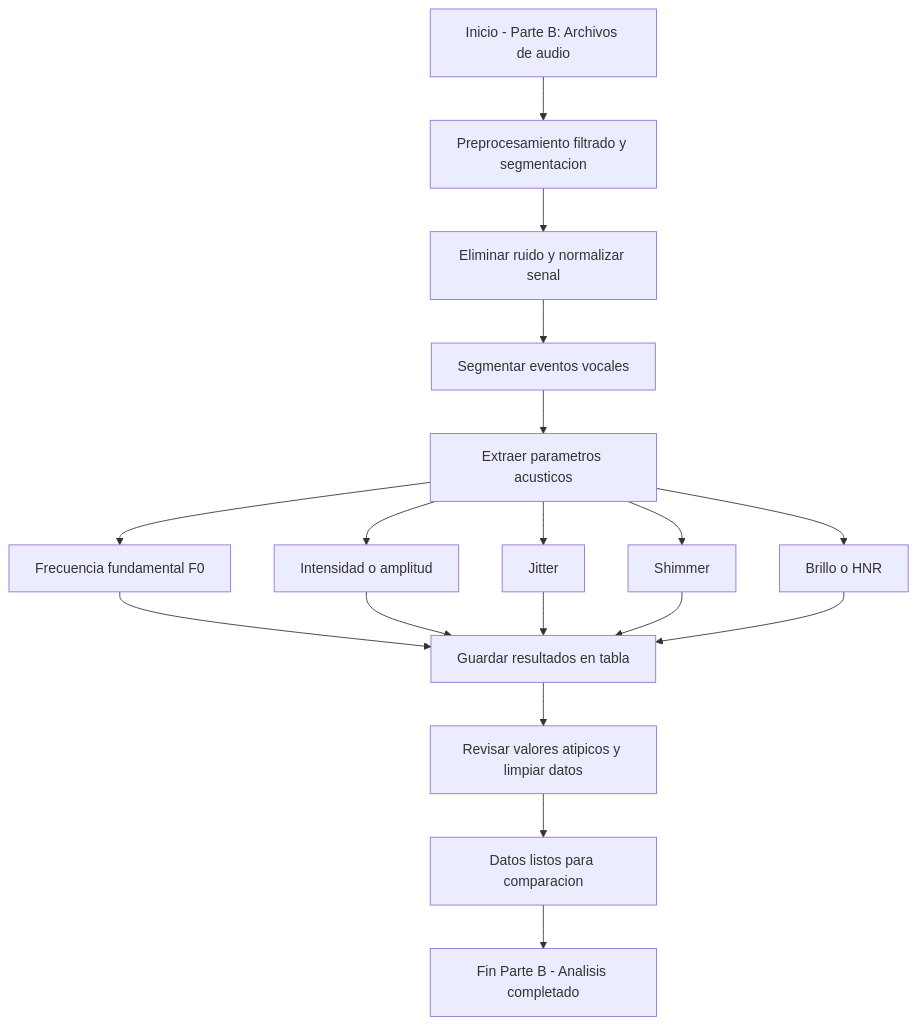
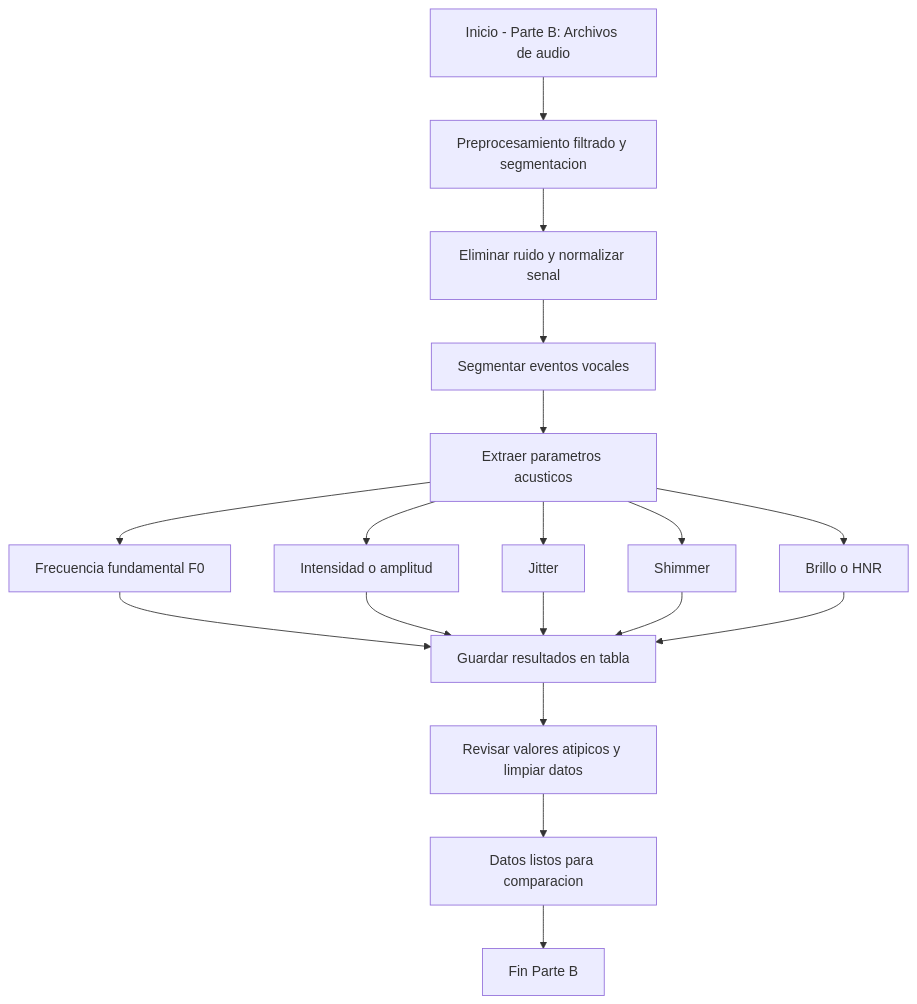
The second of 3 diagrams in README.md (LauraDaniela09/Laboratorio_3), drawn with Mermaid before and after one commit. The commit also changed other lines of this file, not shown here.

````diff
--- a/README.md
+++ b/README.md
@@ -480,16 +480,16 @@
 ```mermaid
 flowchart TD
   A[Inicio - Parte B: Archivos de audio] --> B[Preprocesamiento filtrado y segmentacion]
   B --> C[Eliminar ruido y normalizar senal]
   C --> D[Segmentar eventos vocales]
   D --> E[Extraer parametros acusticos]
   E --> E1[Frecuencia fundamental F0]
   E --> E2[Intensidad o amplitud]
   E --> E3[Jitter]
   E --> E4[Shimmer]
   E --> E5[Brillo o HNR]
   E1 & E2 & E3 & E4 & E5 --> F[Guardar resultados en tabla]
   F --> G[Revisar valores atipicos y limpiar datos]
   G --> H[Datos listos para comparacion]
-  H --> I[Fin Parte B - Analisis completado]
+  H --> I[Fin Parte B]
 ```
````
